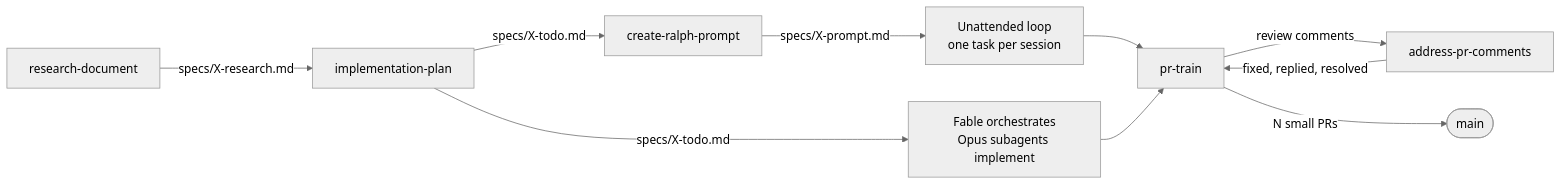
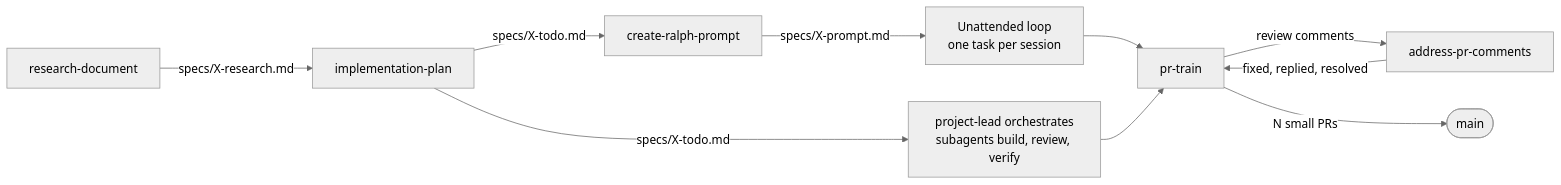
One commit to agent-pasha/dev-workflow-skills changed the diagram in README.md. Above: the diagram before and after it, drawn with Mermaid (neutral theme). The commit also changed other lines of this file and 9 other files, not shown here.

Commit message:
Add project-lead: first-principles, harness-agnostic lead for multi-track projects; context template gains a Safety section and shared-environment field

````diff
--- a/README.md
+++ b/README.md
@@ -14,12 +15,12 @@
 ```mermaid
 flowchart LR
     R[research-document] -->|specs/X-research.md| P[implementation-plan]
     P -->|specs/X-todo.md| C[create-ralph-prompt]
     C -->|specs/X-prompt.md| L[Unattended loop<br/>one task per session]
-    P -->|specs/X-todo.md| O[Fable orchestrates<br/>Opus subagents implement]
+    P -->|specs/X-todo.md| O[project-lead orchestrates<br/>subagents build, review, verify]
     L --> T[pr-train]
     O --> T
     T -->|review comments| A[address-pr-comments]
     A -->|fixed, replied, resolved| T
     T -->|N small PRs| M([main])
 ```
````
